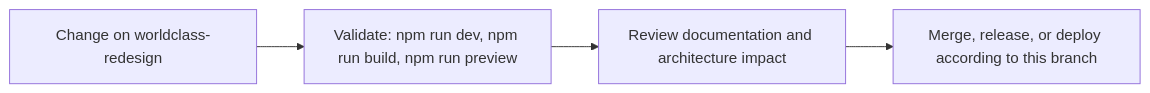
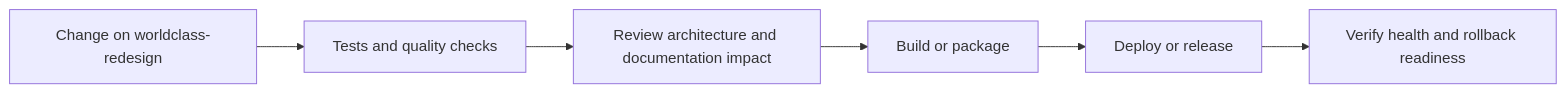
The fourth of 5 diagrams in README.md (Nischhalsubba/nischhalsubba.com.np), drawn with Mermaid before and after one commit. The commit also changed other lines of this file, not shown here.

````diff
--- a/README.md
+++ b/README.md
@@ -78,8 +166,8 @@
 ```mermaid
 flowchart LR
-    CHANGE["Change on worldclass-redesign"]
-    CHECK["Validate: npm run dev, npm run build, npm run preview"]
-    REVIEW["Review documentation and architecture impact"]
-    RELEASE["Merge, release, or deploy according to this branch"]
-    CHANGE --> CHECK --> REVIEW --> RELEASE
+    CHANGE["Change on worldclass-redesign"] --> CHECK["Tests and quality checks"]
+    CHECK --> REVIEW["Review architecture and documentation impact"]
+    REVIEW --> BUILD["Build or package"]
+    BUILD --> DEPLOY["Deploy or release"]
+    DEPLOY --> VERIFY["Verify health and rollback readiness"]
 ```
````
